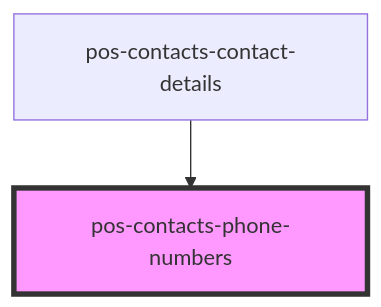
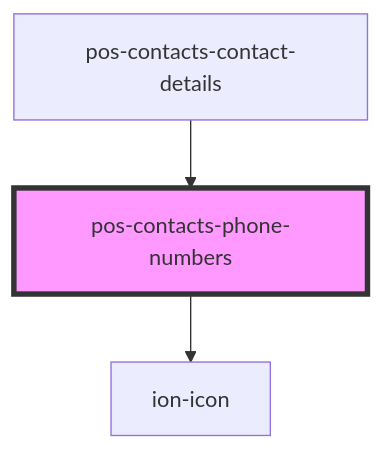
One commit to pod-os/PodOS changed the diagram in contacts/src/components/contact-details/phone-numbers/readme.md. Above: the diagram before and after it, drawn with Mermaid. The commit also changed other lines of this file and 6 other files, not shown here.

````diff
--- a/contacts/src/components/contact-details/phone-numbers/readme.md
+++ b/contacts/src/components/contact-details/phone-numbers/readme.md
@@ -22,5 +26,6 @@
 ```mermaid
 graph TD;
+  pos-contacts-phone-numbers --> ion-icon
   pos-contacts-contact-details --> pos-contacts-phone-numbers
   style pos-contacts-phone-numbers fill:#f9f,stroke:#333,stroke-width:4px
 ```
````
